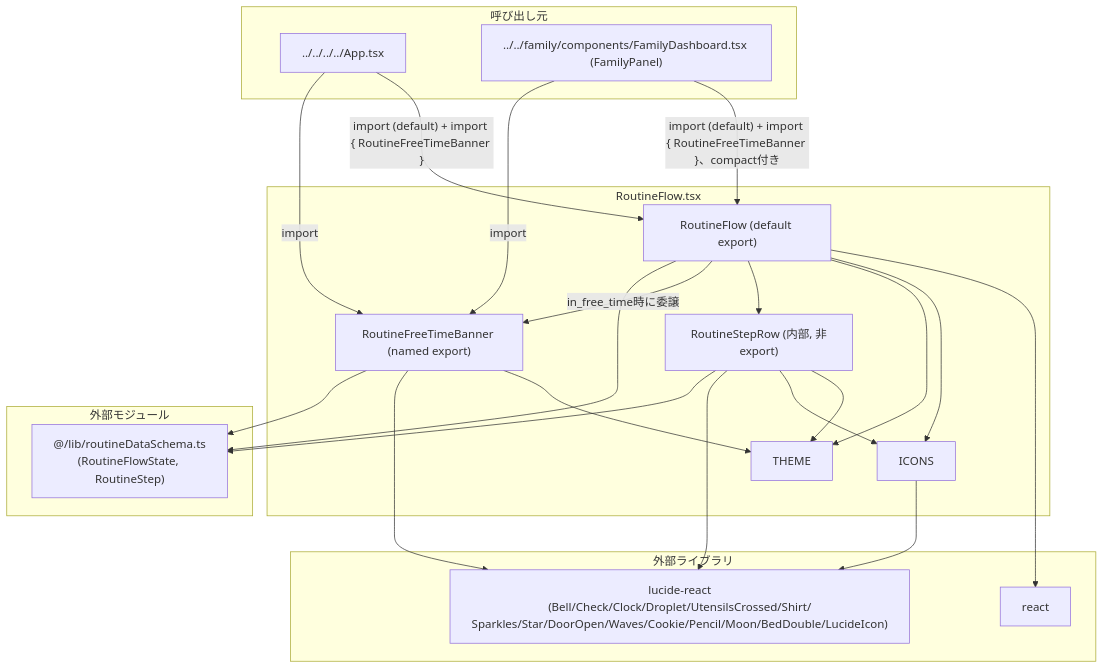
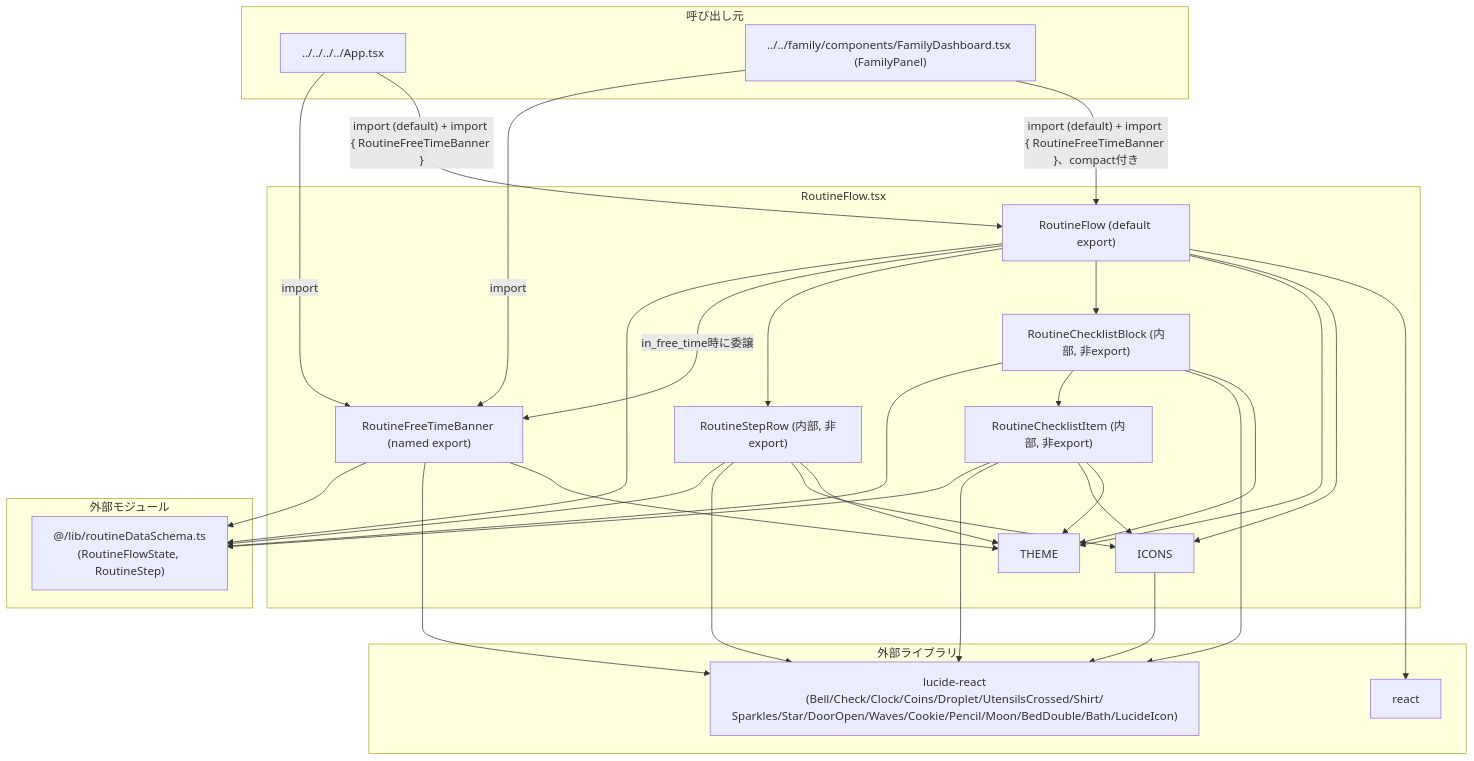
The second of 2 diagrams in docs/specifications/family-quest/src/features/routine/components/RoutineFlow.md (mmtigers/my_python_project), drawn with Mermaid before and after one commit. The commit also changed other lines of this file and 11 other files, not shown here.

````diff
--- a/docs/specifications/family-quest/src/features/routine/components/RoutineFlow.md
+++ b/docs/specifications/family-quest/src/features/routine/components/RoutineFlow.md
@@ -157,47 +210,60 @@
 ```mermaid
 graph TD
     subgraph "RoutineFlow.tsx"
         ICONS
         THEME
         RoutineFlow["RoutineFlow (default export)"]
         RoutineFreeTimeBanner["RoutineFreeTimeBanner (named export)"]
+        RoutineChecklistBlock["RoutineChecklistBlock (内部, 非export)"]
+        RoutineChecklistItem["RoutineChecklistItem (内部, 非export)"]
         RoutineStepRow["RoutineStepRow (内部, 非export)"]
     end
 
     subgraph "外部ライブラリ"
         React["react"]
-        LucideReact["lucide-react\n(Bell/Check/Clock/Droplet/UtensilsCrossed/Shirt/\nSparkles/Star/DoorOpen/Waves/Cookie/Pencil/Moon/BedDouble/LucideIcon)"]
+        LucideReact["lucide-react\n(Bell/Check/Clock/Coins/Droplet/UtensilsCrossed/Shirt/\nSparkles/Star/DoorOpen/Waves/Cookie/Pencil/Moon/BedDouble/Bath/LucideIcon)"]
     end
 
     subgraph "外部モジュール"
         routineDataSchema["@/lib/routineDataSchema.ts\n(RoutineFlowState, RoutineStep)"]
     end
 
     subgraph "呼び出し元"
         App["../../../../App.tsx"]
         FamilyDashboard["../../family/components/FamilyDashboard.tsx (FamilyPanel)"]
     end
 
     RoutineFlow --> React
     RoutineFlow --> ICONS
     RoutineFlow --> THEME
+    RoutineFlow --> RoutineChecklistBlock
     RoutineFlow --> RoutineStepRow
     RoutineFlow -->|"in_free_time時に委譲"| RoutineFreeTimeBanner
     RoutineFlow --> routineDataSchema
 
     RoutineFreeTimeBanner --> THEME
     RoutineFreeTimeBanner --> LucideReact
     RoutineFreeTimeBanner --> routineDataSchema
+
+    RoutineChecklistBlock --> THEME
+    RoutineChecklistBlock --> LucideReact
+    RoutineChecklistBlock --> RoutineChecklistItem
+    RoutineChecklistBlock --> routineDataSchema
+
+    RoutineChecklistItem --> THEME
+    RoutineChecklistItem --> ICONS
+    RoutineChecklistItem --> LucideReact
+    RoutineChecklistItem --> routineDataSchema
 
     RoutineStepRow --> THEME
     RoutineStepRow --> ICONS
     RoutineStepRow --> LucideReact
     RoutineStepRow --> routineDataSchema
 
     ICONS --> LucideReact
 
     App -->|"import (default) + import { RoutineFreeTimeBanner }"| RoutineFlow
     App -->|import| RoutineFreeTimeBanner
     FamilyDashboard -->|"import (default) + import { RoutineFreeTimeBanner }、compact付き"| RoutineFlow
     FamilyDashboard -->|import| RoutineFreeTimeBanner
 ```
````
